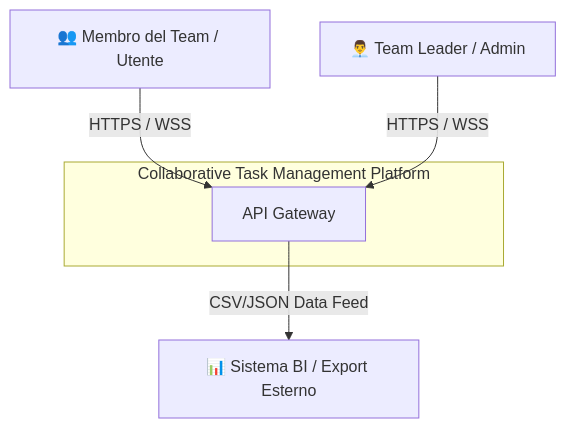
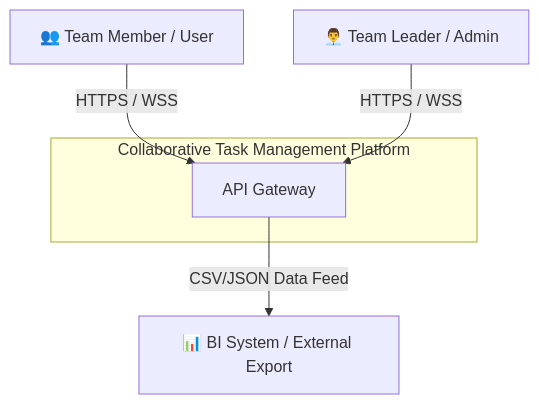
One commit to Manum-dev/taskproject changed the first of 2 diagrams in docs/architecture_design.md. Above: the diagram before and after it, drawn with Mermaid. The commit also changed other lines of this file and 3 other files, not shown here.

````diff
--- a/docs/architecture_design.md
+++ b/docs/architecture_design.md
@@ -28,14 +28,14 @@
 ```mermaid
 graph TD
-    User["👥 Membro del Team / Utente"]
+    User["👥 Team Member / User"]
     Admin["👨‍💼 Team Leader / Admin"]
-    BISystem["📊 Sistema BI / Export Esterno"]
+    BISystem["📊 BI System / External Export"]
 
     subgraph TaskSystem ["Collaborative Task Management Platform"]
         Gateway["API Gateway"]
     end
 
     User -->|HTTPS / WSS| Gateway
     Admin -->|HTTPS / WSS| Gateway
     Gateway -->|CSV/JSON Data Feed| BISystem
 ```
````
